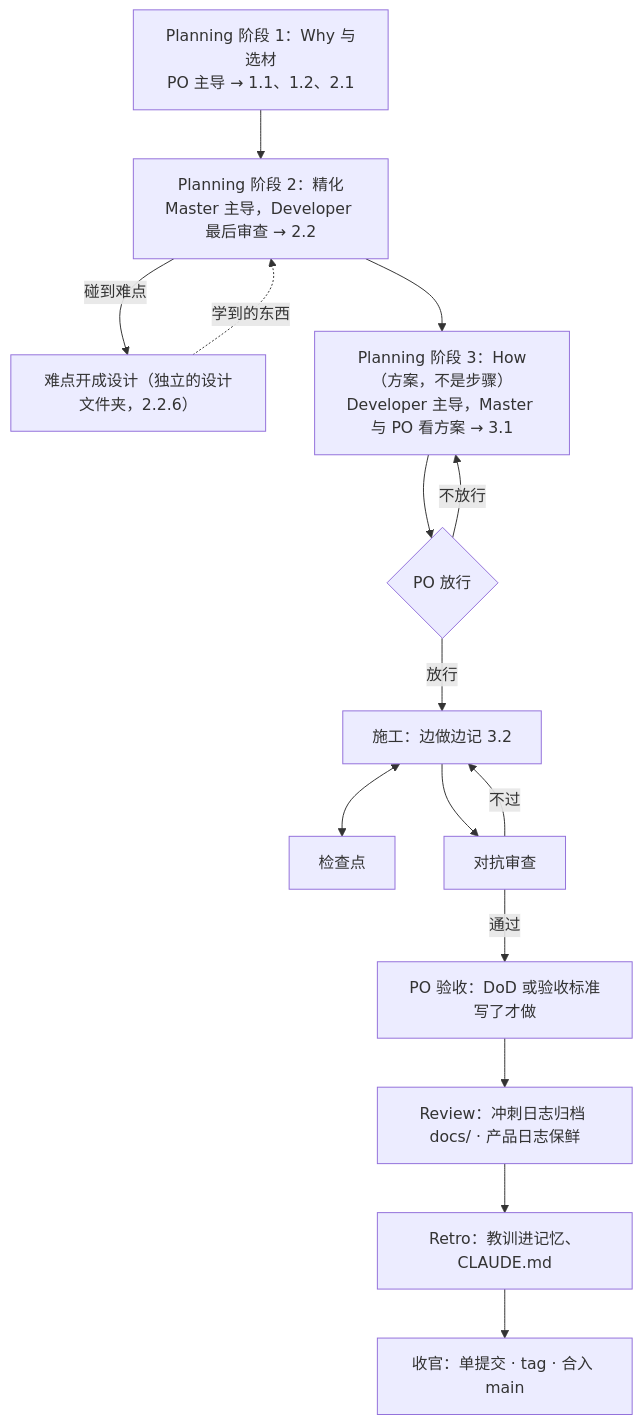
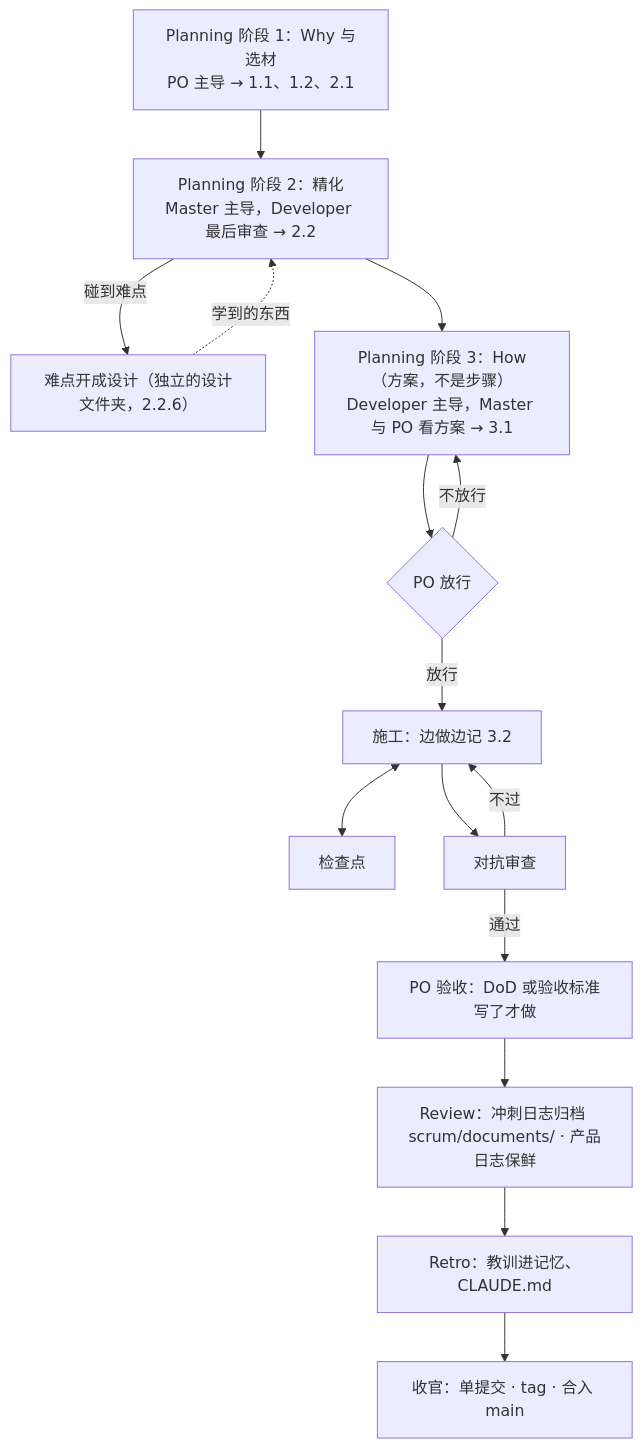
Before and after one commit to seapawn1/IDEO-Scrum: the third of 3 diagrams in scrum/ProductBacklog.md, drawn with Mermaid. The commit also changed other lines of this file and 15 other files, not shown here.

First line of the commit message:
refactor: 文档文件夹定为 scrum/documents/——约定改写、本仓库 docs/ 迁入；scrum-kernel 描述补 Product/Sprint Backlog；规模按会话数

````diff
--- a/scrum/ProductBacklog.md
+++ b/scrum/ProductBacklog.md
@@ -198,17 +198,17 @@
 ```mermaid
 flowchart TD
     S1["Planning 阶段 1：Why 与选材<br/>PO 主导 → 1.1、1.2、2.1"] --> S2["Planning 阶段 2：精化<br/>Master 主导，Developer 最后审查 → 2.2"]
     S2 -- "碰到难点" --> T["难点开成设计（独立的设计文件夹，2.2.6）"]
     T -. "学到的东西" .-> S2
     S2 --> S3["Planning 阶段 3：How（方案，不是步骤）<br/>Developer 主导，Master 与 PO 看方案 → 3.1"]
     S3 --> G{"PO 放行"}
     G -- "不放行" --> S3
     G -- "放行" --> C["施工：边做边记 3.2"]
     C <--> K["检查点"]
     C --> A["对抗审查"]
     A -- "不过" --> C
     A -- "通过" --> V["PO 验收：DoD 或验收标准写了才做"]
-    V --> RV["Review：冲刺日志归档 docs/ · 产品日志保鲜"]
+    V --> RV["Review：冲刺日志归档 scrum/documents/ · 产品日志保鲜"]
     RV --> RT["Retro：教训进记忆、CLAUDE.md"]
     RT --> CL["收官：单提交 · tag · 合入 main"]
 ```
````
